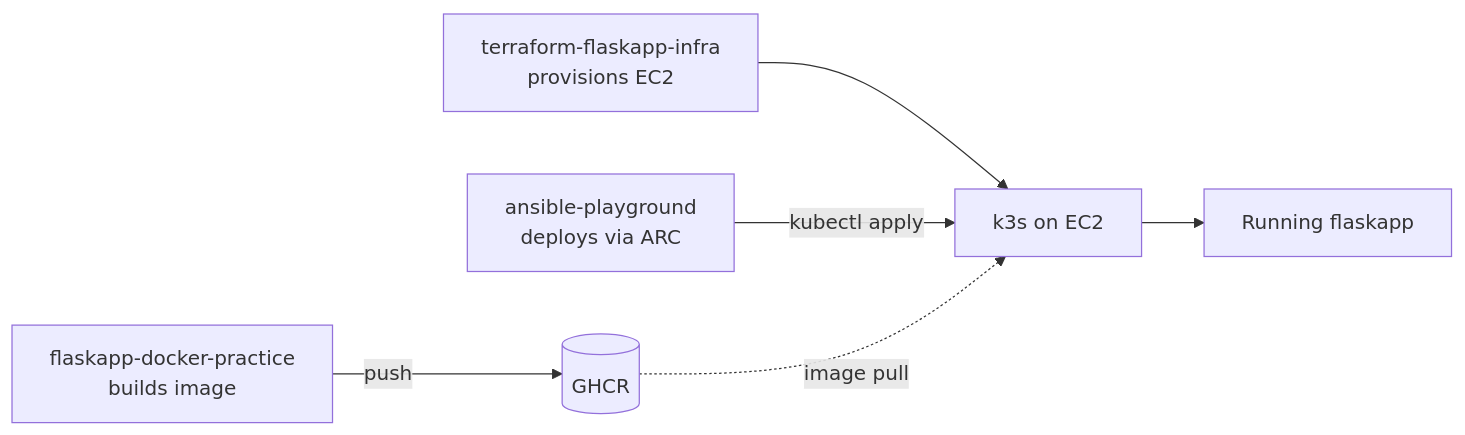
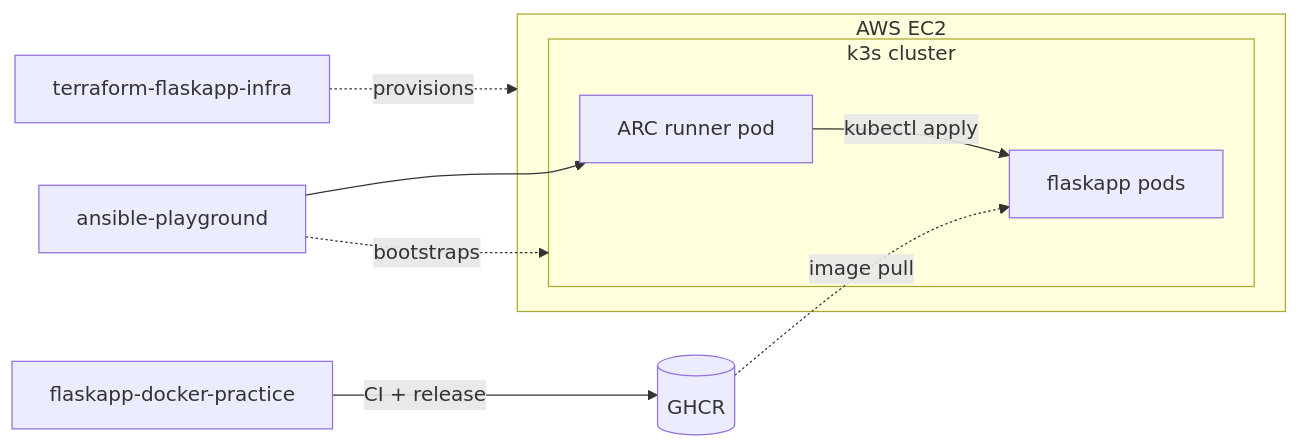
One commit to prsmalley/flaskapp-docker-practice changed the diagram in README.md. Above: the diagram before and after it, drawn with Mermaid. The commit also changed other lines of this file, not shown here.

````diff
--- a/README.md
+++ b/README.md
@@ -10,8 +17,13 @@
 ```mermaid
 flowchart LR
-    A[flaskapp-docker-practice<br/>builds image] -->|push| GHCR[(GHCR)]
-    B[terraform-flaskapp-infra<br/>provisions EC2] --> EC2[k3s on EC2]
-    C[ansible-playground<br/>deploys via ARC] -->|kubectl apply| EC2
-    GHCR -.image pull.-> EC2
-    EC2 --> APP[Running flaskapp]
+    A[flaskapp-docker-practice] -->|CI + release| GHCR[(GHCR)]
+    B[terraform-flaskapp-infra] -.provisions.-> EC2
+    C[ansible-playground] -.bootstraps.-> k3s
+    C --> Runner
+    subgraph EC2[AWS EC2]
+        subgraph k3s[k3s cluster]
+            Runner[ARC runner pod] -->|kubectl apply| APP[flaskapp pods]
+        end
+    end
+    GHCR -.image pull.-> APP
 ```
````
